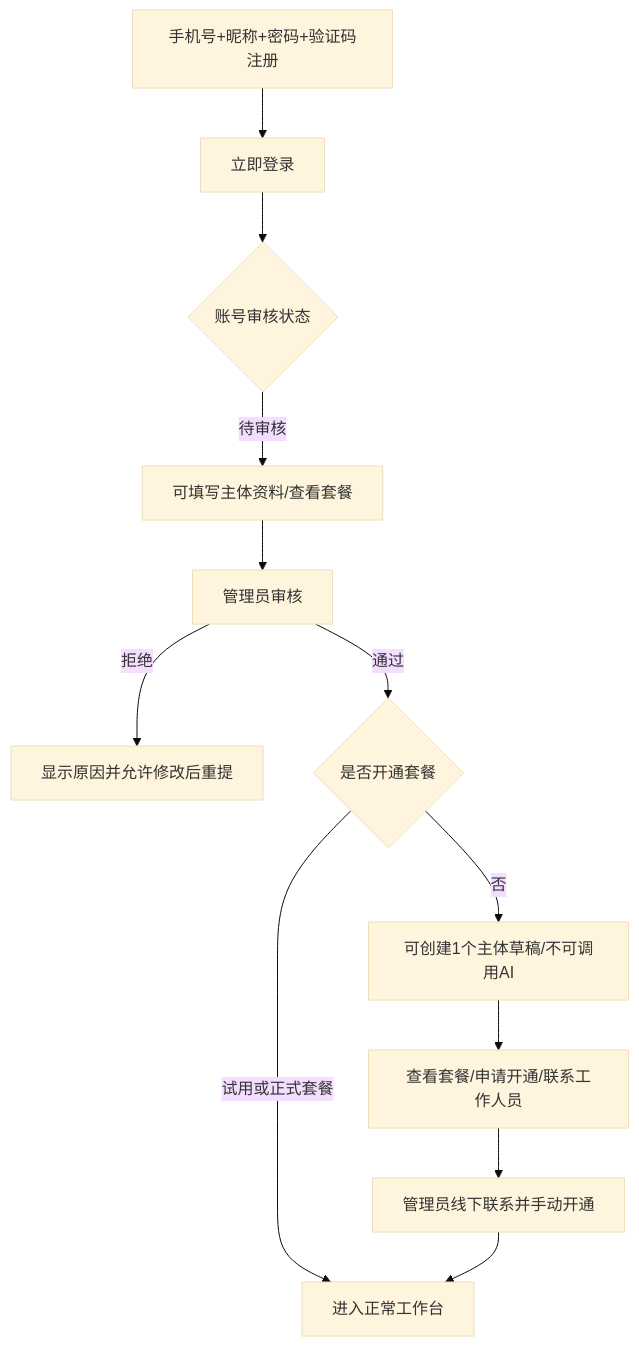
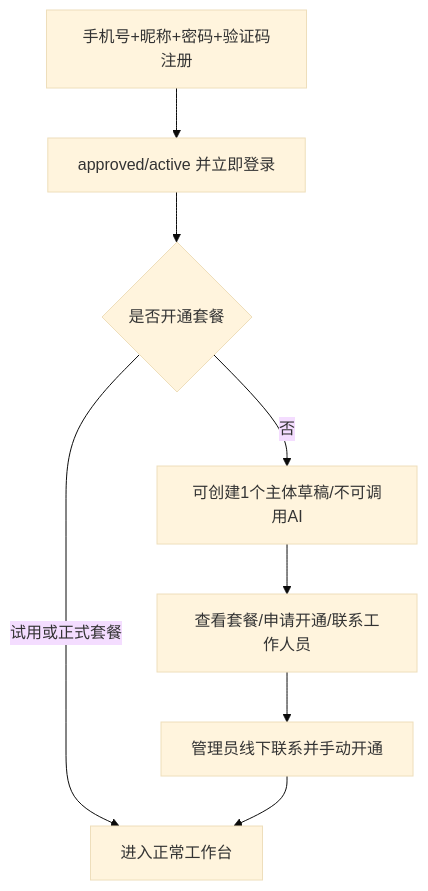
The first of 13 diagrams in docs/02-USER-FLOWS.md (Helminth-5860/xianwen-geo), drawn with Mermaid (base theme) before and after one commit. The commit also changed other lines of this file and 54 other files, not shown here.

Commit message:
fix: simplify registration and admin MFA flow

````diff
--- a/docs/02-USER-FLOWS.md
+++ b/docs/02-USER-FLOWS.md
@@ -13,14 +13,10 @@
 ```mermaid
 flowchart TD
-    A[手机号+昵称+密码+验证码注册] --> B[立即登录]
-    B --> C{账号审核状态}
-    C -->|待审核| D[可填写主体资料/查看套餐]
-    D --> E[管理员审核]
-    E -->|拒绝| F[显示原因并允许修改后重提]
-    E -->|通过| G{是否开通套餐}
+    A[手机号+昵称+密码+验证码注册] --> B[approved/active 并立即登录]
+    B --> G{是否开通套餐}
     G -->|否| H[可创建1个主体草稿/不可调用AI]
     H --> I[查看套餐/申请开通/联系工作人员]
     I --> J[管理员线下联系并手动开通]
     G -->|试用或正式套餐| K[进入正常工作台]
     J --> K
 ```
````
